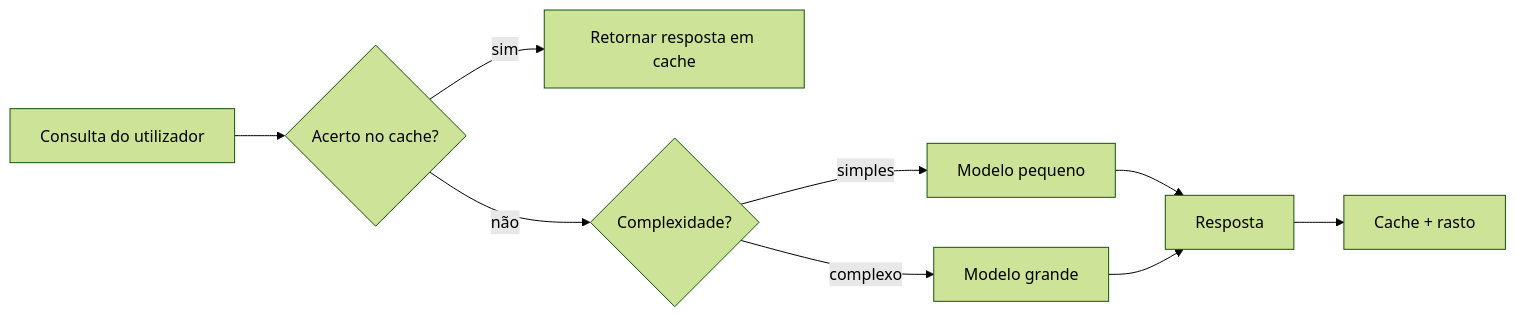
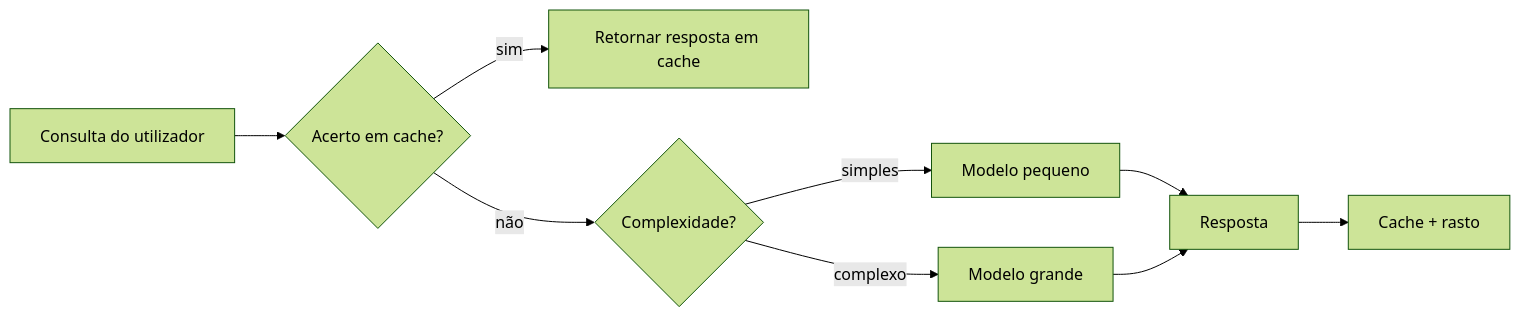
One commit to gabrielmoreira/agent-skills-mirror changed the third of 4 diagrams in mirrors/repos/microsoft@ai-agents-for-beginners/translations/pt-PT/16-deploying-scalable-agents/README.md. Above: the diagram before and after it, drawn with Mermaid (forest theme). The commit also changed other lines of this file and 4262 other files, not shown here.

````diff
--- a/mirrors/repos/microsoft@ai-agents-for-beginners/translations/pt-PT/16-deploying-scalable-agents/README.md
+++ b/mirrors/repos/microsoft@ai-agents-for-beginners/translations/pt-PT/16-deploying-scalable-agents/README.md
@@ -134,11 +134,11 @@
 ```mermaid
 flowchart LR
-    Q[Consulta do utilizador] --> C{Acerto no cache?}
+    Q[Consulta do utilizador] --> C{Acerto em cache?}
     C -->|sim| R[Retornar resposta em cache]
     C -->|não| Router{Complexidade?}
     Router -->|simples| SLM[Modelo pequeno]
     Router -->|complexo| LLM[Modelo grande]
     SLM --> Out[Resposta]
     LLM --> Out
     Out --> Store[Cache + rasto]
 ```
````
